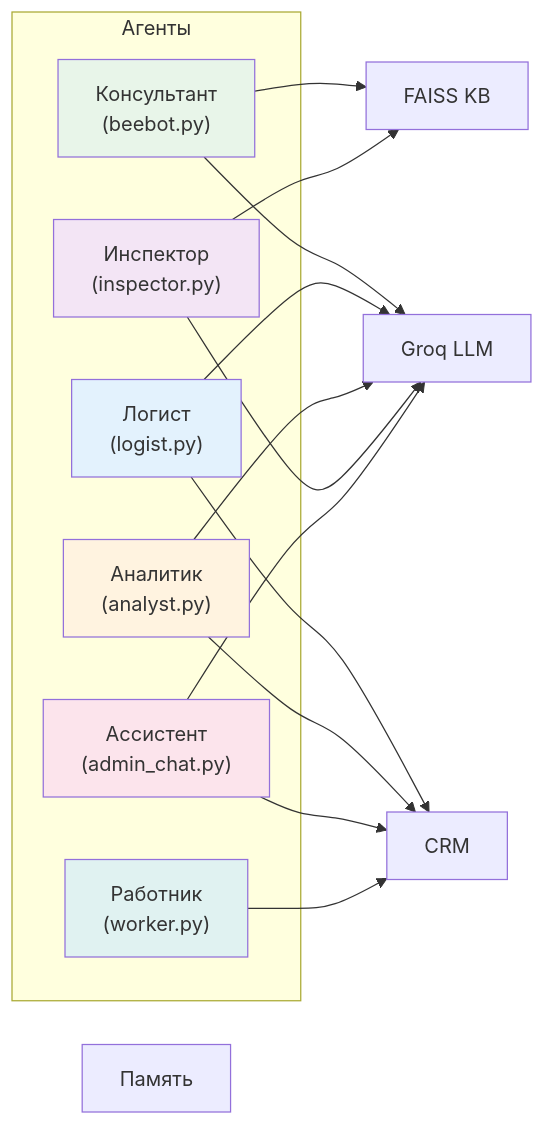
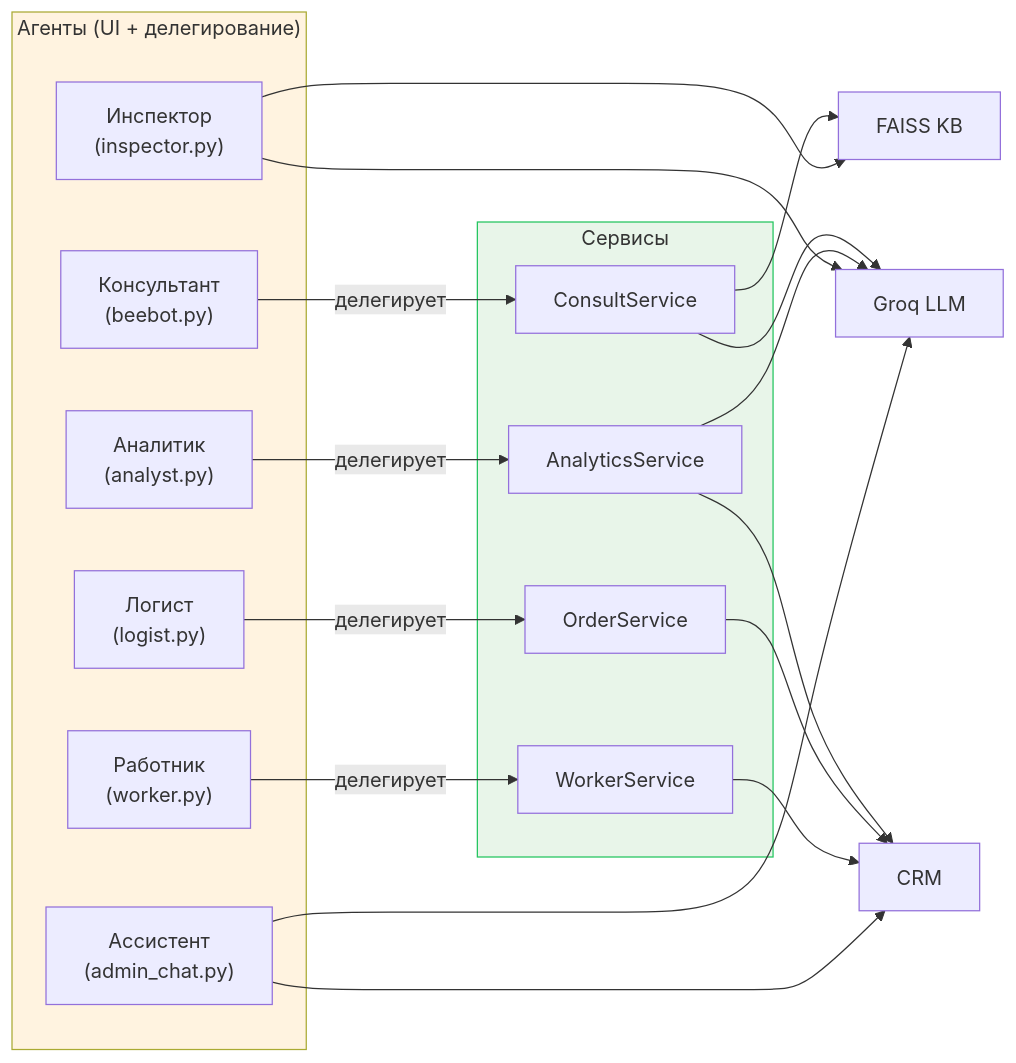
One commit to unidel2035/BEEBOT changed the fourth of 13 diagrams in docs/architecture.md. Above: the diagram before and after it, drawn with Mermaid. The commit also changed other lines of this file and 25 other files, not shown here.

````diff
--- a/docs/architecture.md
+++ b/docs/architecture.md
@@ -96,30 +175,37 @@
 ```mermaid
 graph LR
-    subgraph AGENTS["Агенты"]
+    subgraph AGENTS["Агенты (UI + делегирование)"]
         BEEBOT["Консультант<br/>(beebot.py)"]
         LOGIST["Логист<br/>(logist.py)"]
         ANALYST["Аналитик<br/>(analyst.py)"]
         INSPECTOR["Инспектор<br/>(inspector.py)"]
         ADMIN_CHAT["Ассистент<br/>(admin_chat.py)"]
         WORKER_A["Работник<br/>(worker.py)"]
     end
 
+    subgraph SERVICES["Сервисы"]
+        CS["ConsultService"]
+        AS["AnalyticsService"]
+        OS["OrderService"]
+        WS["WorkerService"]
+    end
+
     KB["FAISS KB"]
     LLM["Groq LLM"]
     CRM["CRM"]
-    MEM["Память"]
 
-    BEEBOT --> KB & LLM
-    LOGIST --> CRM & LLM
-    ANALYST --> CRM & LLM
+    BEEBOT -->|"делегирует"| CS
+    ANALYST -->|"делегирует"| AS
+    LOGIST -->|"делегирует"| OS
+    WORKER_A -->|"делегирует"| WS
+
+    CS --> KB & LLM
+    AS --> CRM & LLM
+    OS --> CRM
+    WS --> CRM
     INSPECTOR --> KB & LLM
     ADMIN_CHAT --> CRM & LLM
-    WORKER_A --> CRM
 
-    style BEEBOT fill:#e8f5e9
-    style LOGIST fill:#e3f2fd
-    style ANALYST fill:#fff3e0
-    style INSPECTOR fill:#f3e5f5
-    style ADMIN_CHAT fill:#fce4ec
-    style WORKER_A fill:#e0f2f1
+    style AGENTS fill:#fff3e0
+    style SERVICES fill:#e8f5e9,stroke:#22c55e
 ```
````
